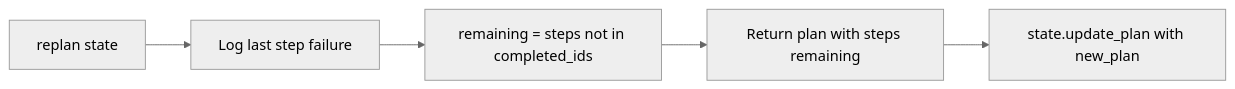
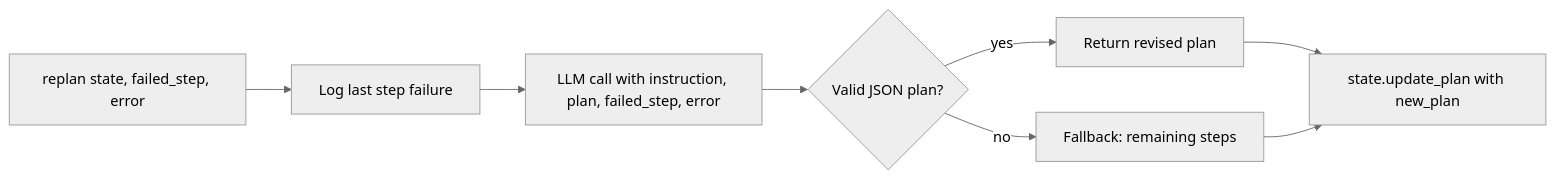
The ninth of 9 diagrams in Docs/AGENT_LOOP_WORKFLOW.md (Pugsy-Explores/AutoStudio), drawn with Mermaid (neutral theme) before and after one commit. The commit also changed other lines of this file and 68 other files, not shown here.

````diff
--- a/Docs/AGENT_LOOP_WORKFLOW.md
+++ b/Docs/AGENT_LOOP_WORKFLOW.md
@@ -226,7 +228,10 @@
 ```mermaid
 flowchart LR
-    RP["replan state"] --> R1["Log last step failure"]
-    R1 --> R2["remaining = steps not in completed_ids"]
-    R2 --> R3["Return plan with steps remaining"]
-    R3 --> R4["state.update_plan with new_plan"]
+    RP["replan state, failed_step, error"] --> R1["Log last step failure"]
+    R1 --> R2["LLM call with instruction, plan, failed_step, error"]
+    R2 --> R3{"Valid JSON plan?"}
+    R3 -->|yes| R4["Return revised plan"]
+    R3 -->|no| R5["Fallback: remaining steps"]
+    R4 --> R6["state.update_plan with new_plan"]
+    R5 --> R6
 ```
````
